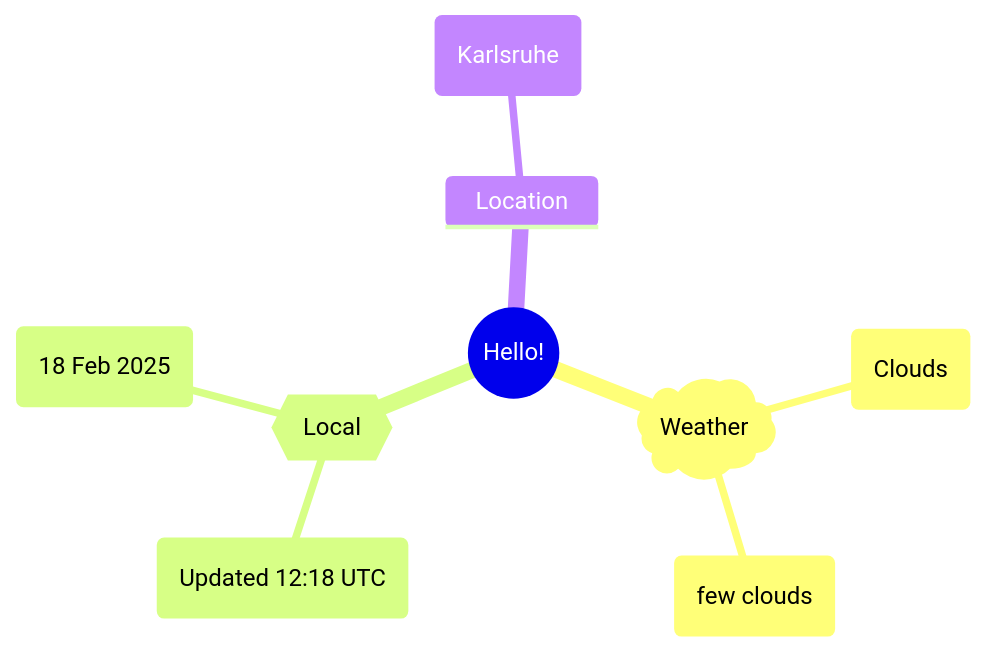
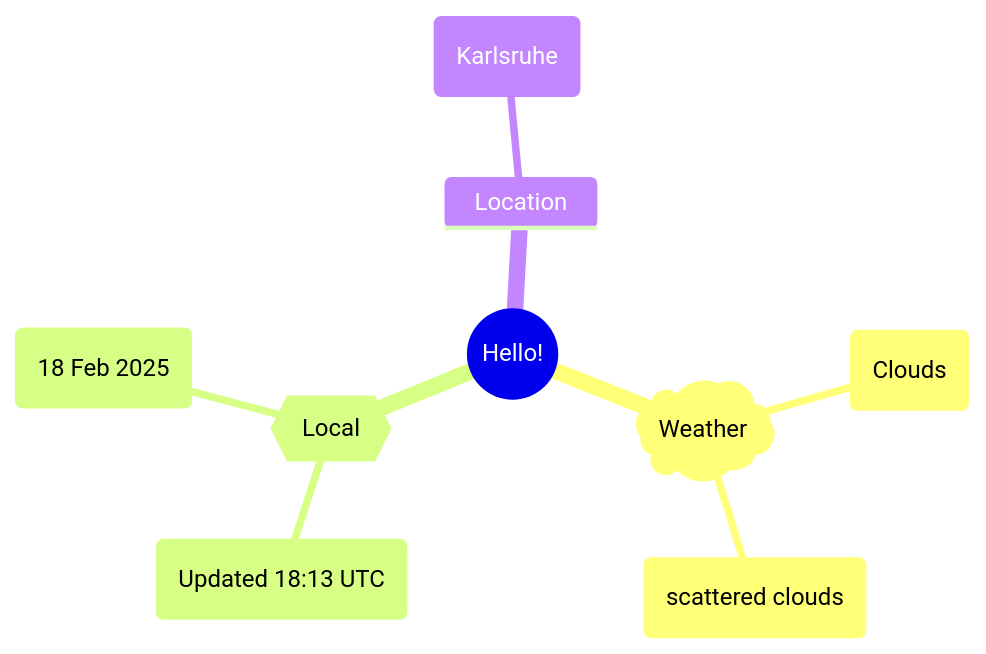
The first of 2 diagrams in README.md (Xosrov/Xosrov), drawn with Mermaid before and after one commit.

Commit message:
[bot] updated images

````diff
--- a/README.md
+++ b/README.md
@@ -3,12 +3,12 @@
 ```mermaid
 mindmap
   root((Hello!))
     )Weather(
         (Clouds)
-        (few clouds)
+        (scattered clouds)
     {{Local}}
-        (Updated 12:18 UTC)
+        (Updated 18:13 UTC)
         (18 Feb 2025)
     Location
         (Karlsruhe)
 ```
````
